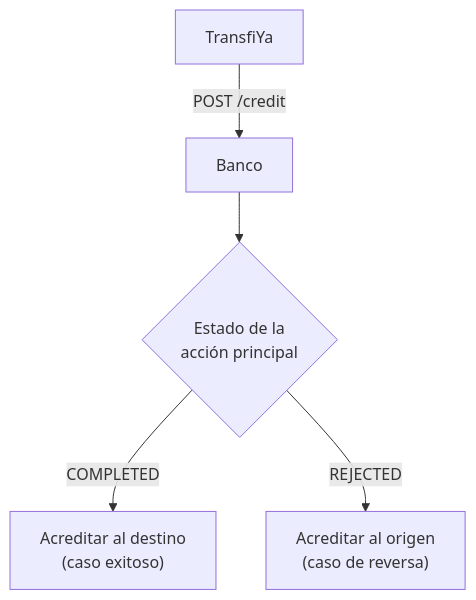
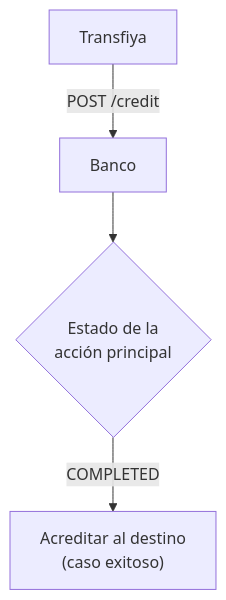
The first of 2 diagrams in es/v1.66/transfers-mol/guides/how-to-credit-receiver.mdx (dom-minka/docs), drawn with Mermaid before and after one commit. The commit also changed other lines of this file and 19 other files, not shown here.

````diff
--- a/es/v1.66/transfers-mol/guides/how-to-credit-receiver.mdx
+++ b/es/v1.66/transfers-mol/guides/how-to-credit-receiver.mdx
@@ -17,7 +17,6 @@
 ```mermaid
 flowchart TD
-    tya[TransfiYa] -->| POST /credit | bank[Banco]
+    tya[Transfiya] -->| POST /credit | bank[Banco]
     bank --> status{Estado de la<br />acción principal}
     status -->| COMPLETED | completed["Acreditar al destino<br />(caso exitoso)"]
-    status -->| REJECTED | rejected["Acreditar al origen<br />(caso de reversa)"]
 ```
````
